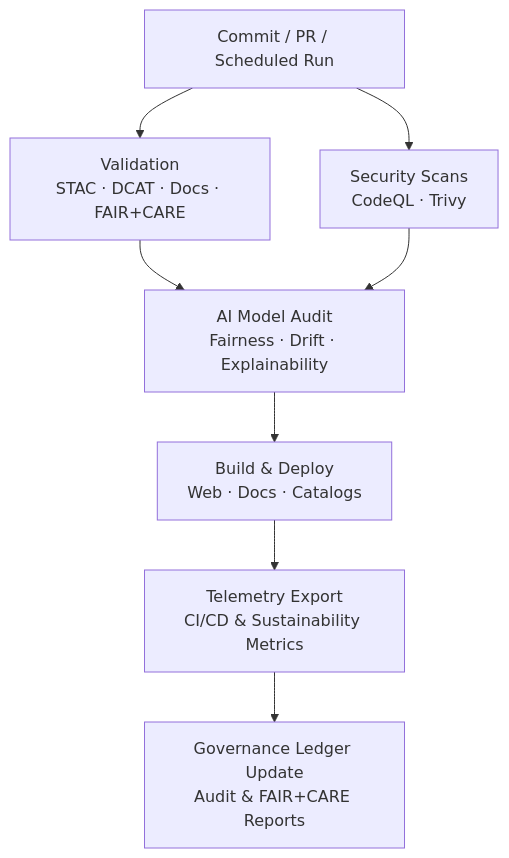
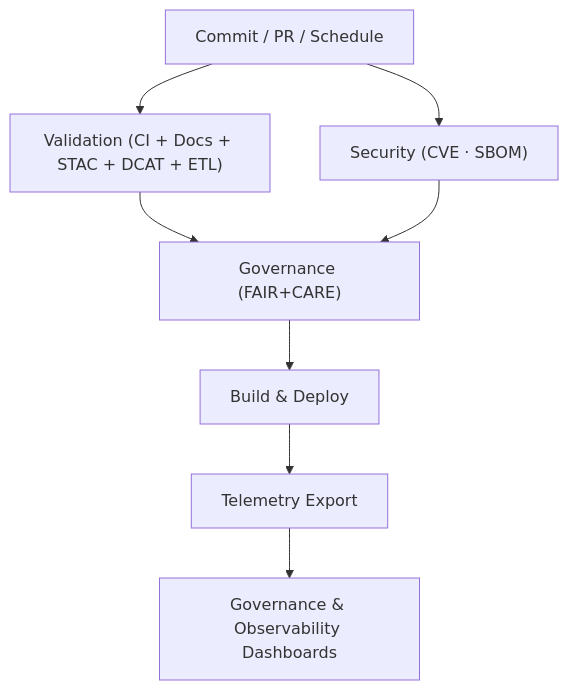
One commit to bartytime4life/Kansas-Frontier-Matrix changed the diagram in .github/workflows/README.md. Above: the diagram before and after it, drawn with Mermaid. The commit also changed other lines of this file, not shown here.

````diff
--- a/.github/workflows/README.md
+++ b/.github/workflows/README.md
@@ -180,10 +164,10 @@
 ```mermaid
 flowchart TD
-  A["Commit / PR / Scheduled Run"] --> B["Validation<br/>STAC · DCAT · Docs · FAIR+CARE"]
-  A --> C["Security Scans<br/>CodeQL · Trivy"]
-  B --> D["AI Model Audit<br/>Fairness · Drift · Explainability"]
+  A["Commit / PR / Schedule"] --> B["Validation (CI + Docs + STAC + DCAT + ETL)"]
+  A --> C["Security (CVE · SBOM)"]
+  B --> D["Governance (FAIR+CARE)"]
   C --> D
-  D --> E["Build & Deploy<br/>Web · Docs · Catalogs"]
-  E --> F["Telemetry Export<br/>CI/CD & Sustainability Metrics"]
-  F --> G["Governance Ledger Update<br/>Audit & FAIR+CARE Reports"]
+  D --> E["Build & Deploy"]
+  E --> F["Telemetry Export"]
+  F --> G["Governance & Observability Dashboards"]
 ```
````
